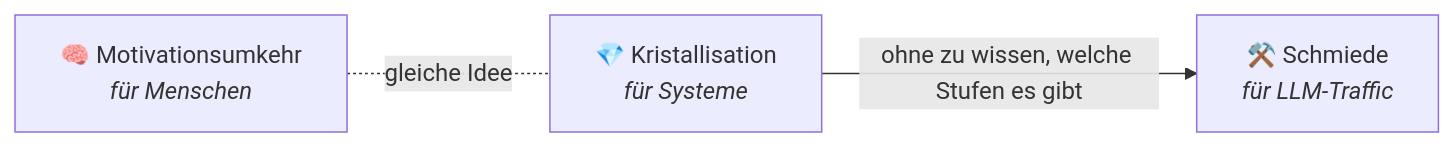
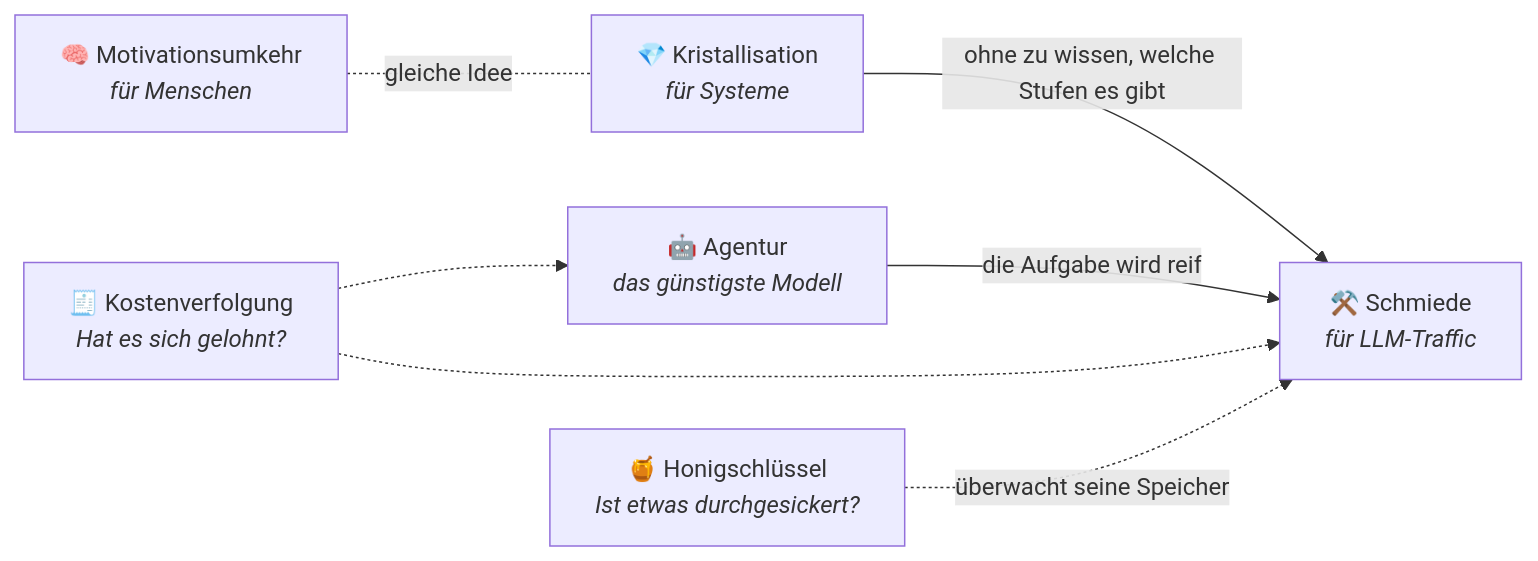
Before and after one commit to AbstractBike/SilvioMaciasSanchez: the diagram in README.md, drawn with Mermaid. The commit also changed other lines of this file and 5 other files, not shown here.

First line of the commit message:
Muster Agentur, Kostenverfolgung und Honigschlüssel

````diff
--- a/README.md
+++ b/README.md
@@ -21,5 +24,9 @@
 ```mermaid
 flowchart LR
     IM["🧠 Motivationsumkehr<br/><i>für Menschen</i>"] -. "gleiche Idee" .- CR["💎 Kristallisation<br/><i>für Systeme</i>"]
     CR -->|"ohne zu wissen, welche Stufen es gibt"| FO["⚒️ Schmiede<br/><i>für LLM-Traffic</i>"]
+    AG["🤖 Agentur<br/><i>das günstigste Modell</i>"] -->|"die Aufgabe wird reif"| FO
+    SC["🧾 Kostenverfolgung<br/><i>Hat es sich gelohnt?</i>"] -.-> AG
+    SC -.-> FO
+    LM["🍯 Honigschlüssel<br/><i>Ist etwas durchgesickert?</i>"] -. "überwacht seine Speicher" .-> FO
 ```
````
